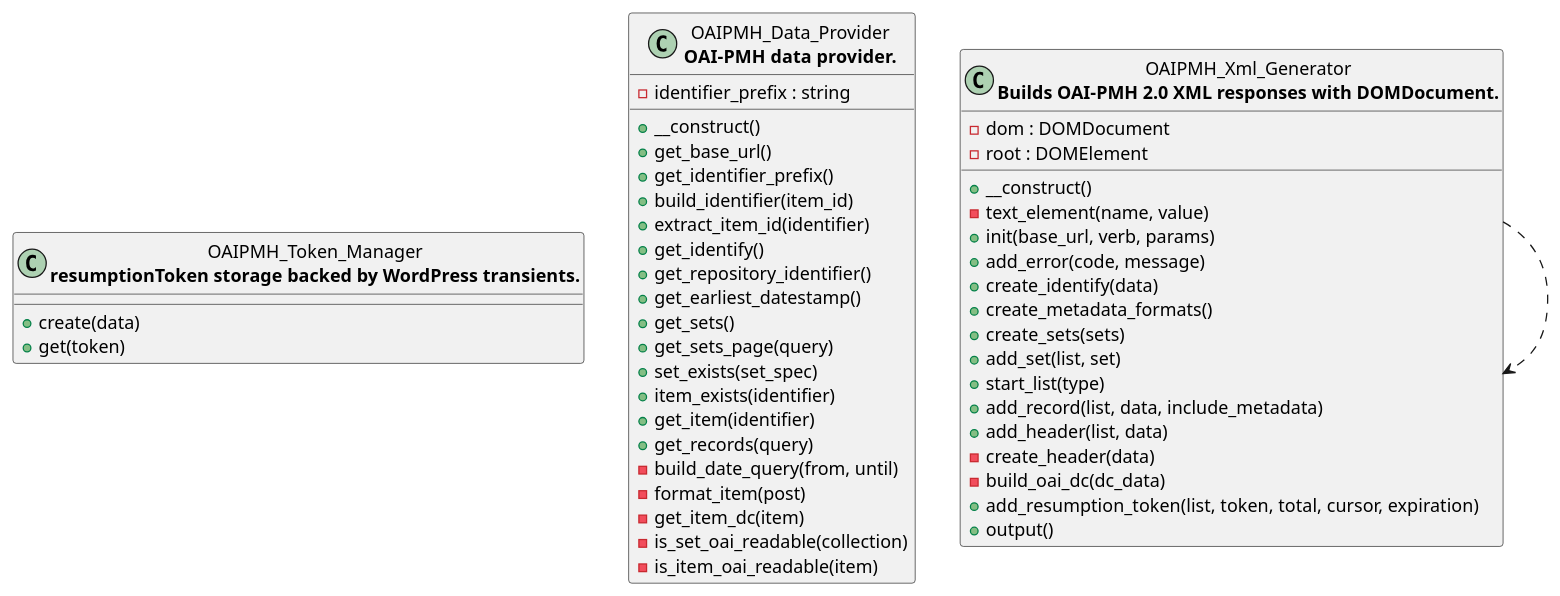
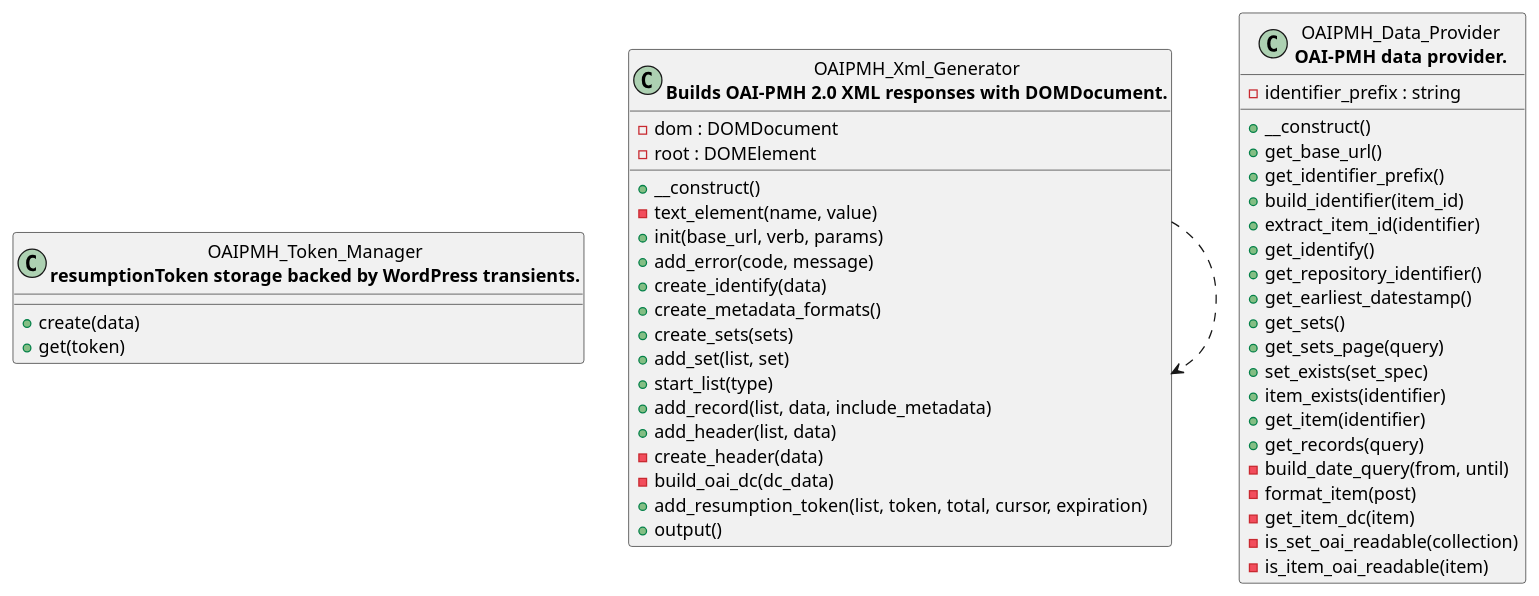
The diagram in docs/diagrams/tainacan-namespace-Tainacan-OAIPMH.puml (tainacan/tainacan), drawn with PlantUML before and after one commit. The commit also changed other lines of this file and 61 other files, not shown here.

```diff
--- a/docs/diagrams/tainacan-namespace-Tainacan-OAIPMH.puml
+++ b/docs/diagrams/tainacan-namespace-Tainacan-OAIPMH.puml
@@ -1,48 +1,48 @@
 @startuml class-diagram
   class "OAIPMH_Token_Manager\n<b>resumptionToken storage backed by WordPress transients.</b>" as OAIPMH_Token_Manager {
     +create(data)
     +get(token)
+  }
+  class "OAIPMH_Xml_Generator\n<b>Builds OAI-PMH 2.0 XML responses with DOMDocument.</b>" as OAIPMH_Xml_Generator {
+    -dom : DOMDocument
+    -root : DOMElement
+    +__construct()
+    -text_element(name, value)
+    +init(base_url, verb, params)
+    +add_error(code, message)
+    +create_identify(data)
+    +create_metadata_formats()
+    +create_sets(sets)
+    +add_set(list, set)
+    +start_list(type)
+    +add_record(list, data, include_metadata)
+    +add_header(list, data)
+    -create_header(data)
+    -build_oai_dc(dc_data)
+    +add_resumption_token(list, token, total, cursor, expiration)
+    +output()
   }
   class "OAIPMH_Data_Provider\n<b>OAI-PMH data provider.</b>" as OAIPMH_Data_Provider {
     -identifier_prefix : string
     +__construct()
     +get_base_url()
     +get_identifier_prefix()
     +build_identifier(item_id)
     +extract_item_id(identifier)
     +get_identify()
     +get_repository_identifier()
     +get_earliest_datestamp()
     +get_sets()
     +get_sets_page(query)
     +set_exists(set_spec)
     +item_exists(identifier)
     +get_item(identifier)
     +get_records(query)
     -build_date_query(from, until)
     -format_item(post)
     -get_item_dc(item)
     -is_set_oai_readable(collection)
     -is_item_oai_readable(item)
   }
-  class "OAIPMH_Xml_Generator\n<b>Builds OAI-PMH 2.0 XML responses with DOMDocument.</b>" as OAIPMH_Xml_Generator {
-    -dom : DOMDocument
-    -root : DOMElement
-    +__construct()
-    -text_element(name, value)
-    +init(base_url, verb, params)
-    +add_error(code, message)
-    +create_identify(data)
-    +create_metadata_formats()
-    +create_sets(sets)
-    +add_set(list, set)
-    +start_list(type)
-    +add_record(list, data, include_metadata)
-    +add_header(list, data)
-    -create_header(data)
-    -build_oai_dc(dc_data)
-    +add_resumption_token(list, token, total, cursor, expiration)
-    +output()
-  }
   OAIPMH_Xml_Generator ..> OAIPMH_Xml_Generator
 @enduml
```
